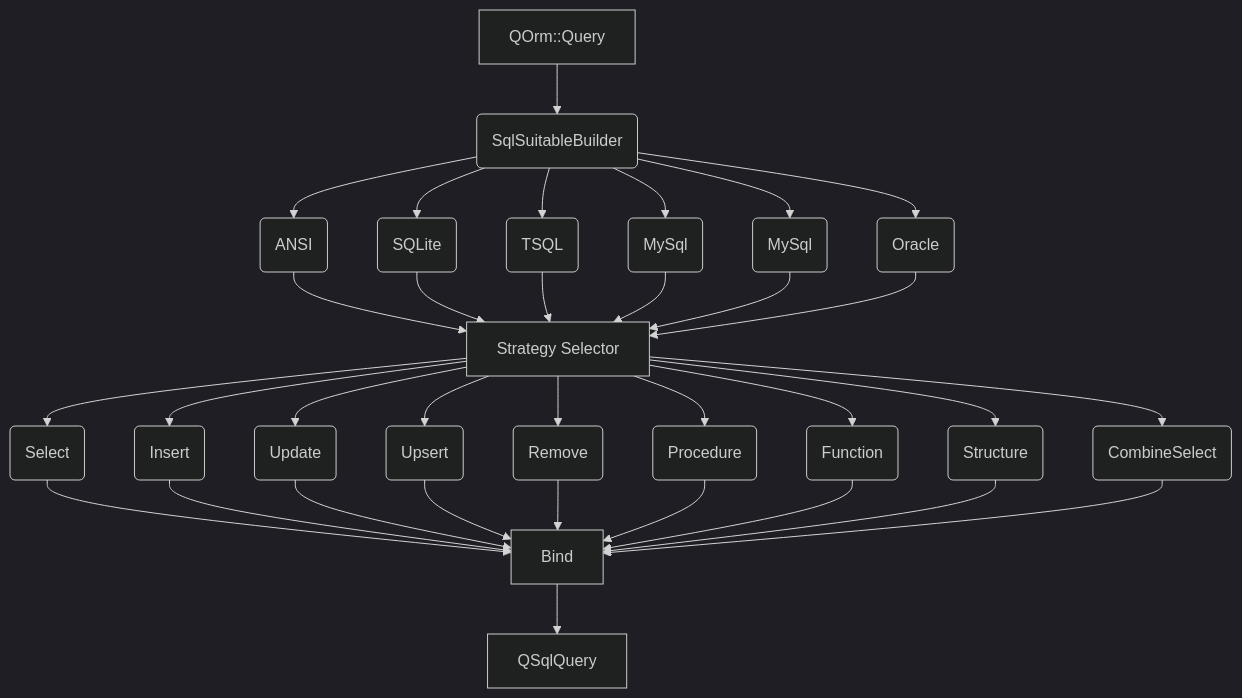
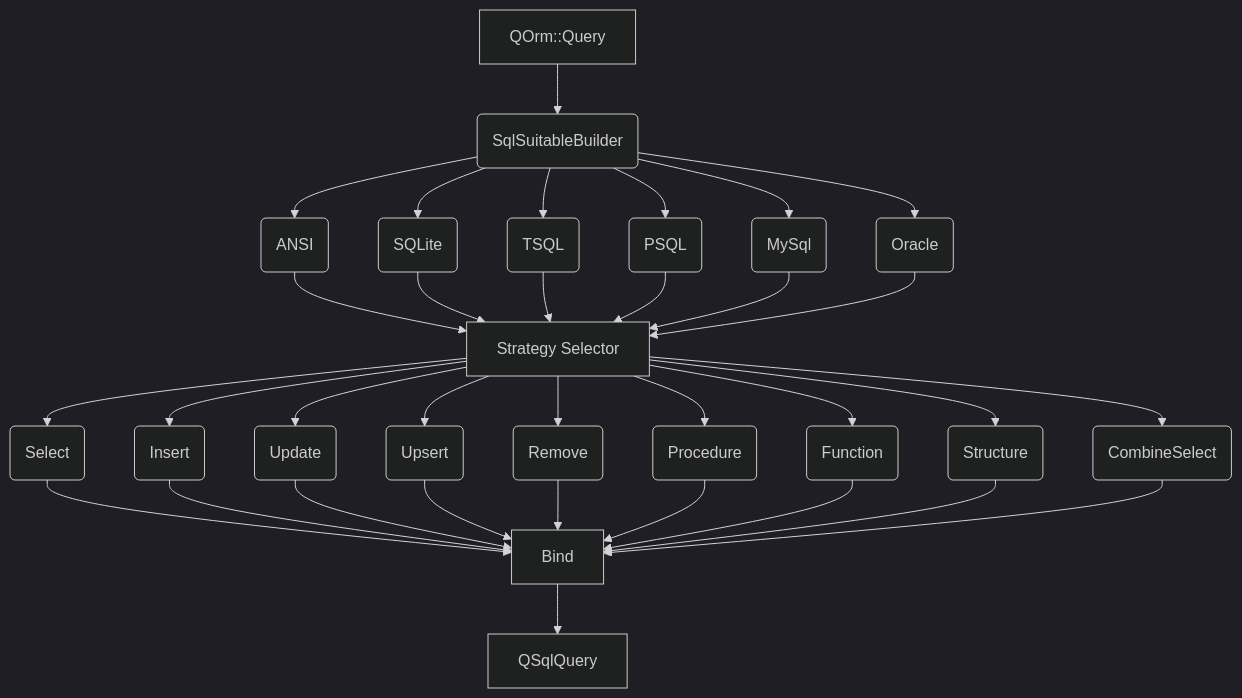
Before and after one commit to flaviomarcio/qorm: the diagram in README.md, drawn with Mermaid (dark theme).

Commit message:
documentation

````diff
--- a/README.md
+++ b/README.md
@@ -11,23 +11,23 @@
 ```mermaid
 graph TD;
 A[QOrm::Query] 
 A --> B(SqlSuitableBuilder)
 B --> BA(ANSI)--> C
 B --> BB(SQLite)--> C
 B --> BC(TSQL)--> C
-B --> BD(MySql)--> C
+B --> BD(PSQL)--> C
 B --> BE(MySql)--> C
 B --> BF(Oracle)--> C
 C[Strategy Selector]
 C --> CA(Select)--> D
 C --> CB(Insert)--> D
 C --> CC(Update)--> D
 C --> CD(Upsert)--> D
 C --> CE(Remove)--> D
 C --> CF(Procedure)--> D
 C --> CG(Function)--> D
 C --> CH(Structure)--> D
 C --> CI(CombineSelect)--> D
 D[Bind] --> E
 E[QSqlQuery]
 ```
````
